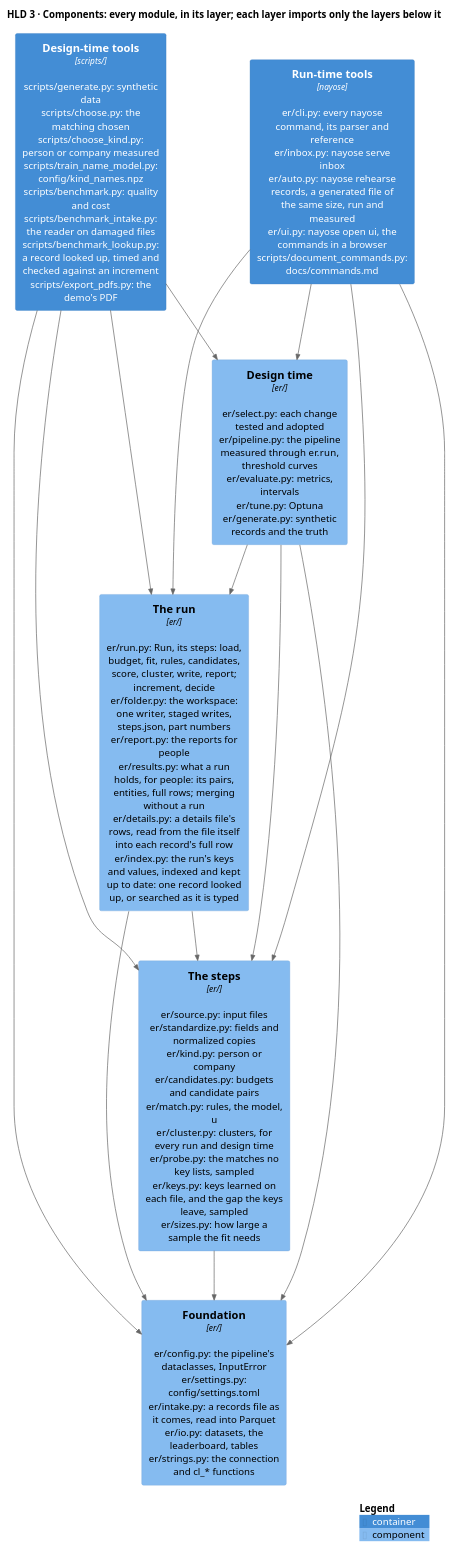
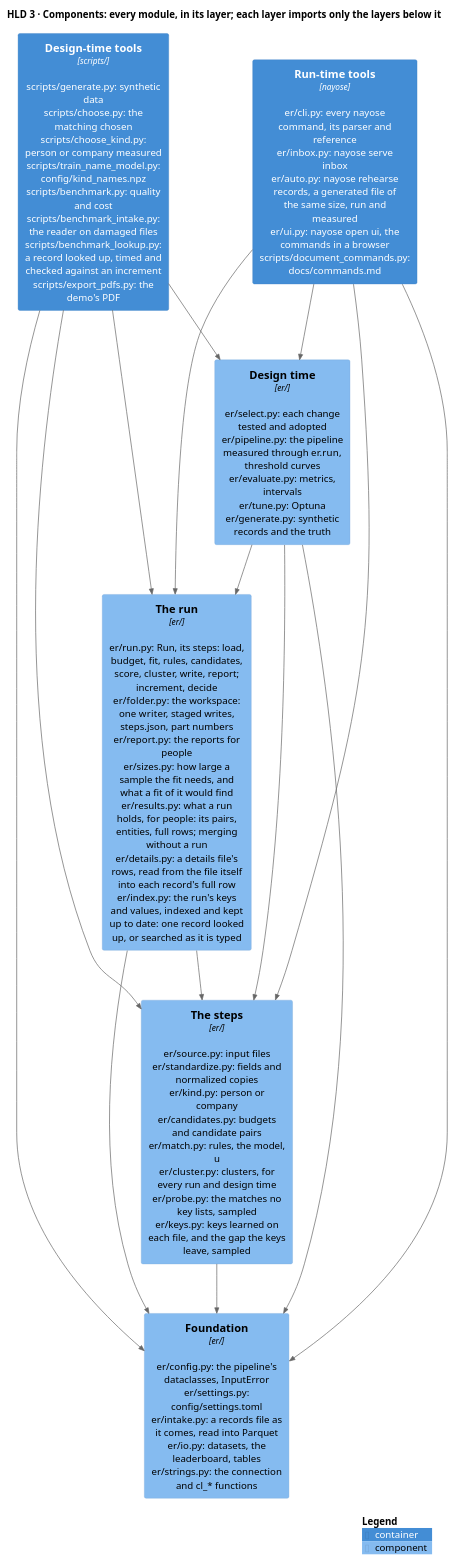
Before and after one commit to mvsbm/entity_matching: the diagram in docs/diagrams/components.puml, drawn with PlantUML. The commit also changed 7 other files, not shown here.

First line of the commit message:
Try sample says, for each way's chosen fit, its points by level against the run's, the kept pairs it lifts to the review floor by pattern, and on the gap's sample what a run with it finds, what the run's cutoff left out and what no key lists

```diff
--- a/docs/diagrams/components.puml
+++ b/docs/diagrams/components.puml
@@ -1,31 +1,31 @@
 @startuml components
 !include <C4/C4_Component>
 LAYOUT_TOP_DOWN()
 HIDE_STEREOTYPE()
 title HLD 3 · Components: every module, in its layer; each layer imports only the layers below it
 
 Container(tools_run, "Run-time tools", "nayose", "er/cli.py: every nayose command, its parser and reference\ner/inbox.py: nayose serve inbox\ner/auto.py: nayose rehearse records, a generated file of the same size, run and measured\ner/ui.py: nayose open ui, the commands in a browser\nscripts/document_commands.py: docs/commands.md")
 Container(tools_design, "Design-time tools", "scripts/", "scripts/generate.py: synthetic data\nscripts/choose.py: the matching chosen\nscripts/choose_kind.py: person or company measured\nscripts/train_name_model.py: config/kind_names.npz\nscripts/benchmark.py: quality and cost\nscripts/benchmark_intake.py: the reader on damaged files\nscripts/benchmark_lookup.py: a record looked up, timed and checked against an increment\nscripts/export_pdfs.py: the demo's PDF")
 
-Component(run, "The run", "er/", "er/run.py: Run, its steps: load, budget, fit, rules, candidates, score, cluster, write, report; increment, decide\ner/folder.py: the workspace: one writer, staged writes, steps.json, part numbers\ner/report.py: the reports for people\ner/results.py: what a run holds, for people: its pairs, entities, full rows; merging without a run\ner/details.py: a details file's rows, read from the file itself into each record's full row\ner/index.py: the run's keys and values, indexed and kept up to date: one record looked up, or searched as it is typed")
+Component(run, "The run", "er/", "er/run.py: Run, its steps: load, budget, fit, rules, candidates, score, cluster, write, report; increment, decide\ner/folder.py: the workspace: one writer, staged writes, steps.json, part numbers\ner/report.py: the reports for people\ner/sizes.py: how large a sample the fit needs, and what a fit of it would find\ner/results.py: what a run holds, for people: its pairs, entities, full rows; merging without a run\ner/details.py: a details file's rows, read from the file itself into each record's full row\ner/index.py: the run's keys and values, indexed and kept up to date: one record looked up, or searched as it is typed")
 Component(design, "Design time", "er/", "er/select.py: each change tested and adopted\ner/pipeline.py: the pipeline measured through er.run, threshold curves\ner/evaluate.py: metrics, intervals\ner/tune.py: Optuna\ner/generate.py: synthetic records and the truth")
-Component(steps, "The steps", "er/", "er/source.py: input files\ner/standardize.py: fields and normalized copies\ner/kind.py: person or company\ner/candidates.py: budgets and candidate pairs\ner/match.py: rules, the model, u\ner/cluster.py: clusters, for every run and design time\ner/probe.py: the matches no key lists, sampled\ner/keys.py: keys learned on each file, and the gap the keys leave, sampled\ner/sizes.py: how large a sample the fit needs")
+Component(steps, "The steps", "er/", "er/source.py: input files\ner/standardize.py: fields and normalized copies\ner/kind.py: person or company\ner/candidates.py: budgets and candidate pairs\ner/match.py: rules, the model, u\ner/cluster.py: clusters, for every run and design time\ner/probe.py: the matches no key lists, sampled\ner/keys.py: keys learned on each file, and the gap the keys leave, sampled")
 Component(configuration, "Foundation", "er/", "er/config.py: the pipeline's dataclasses, InputError\ner/settings.py: config/settings.toml\ner/intake.py: a records file as it comes, read into Parquet\ner/io.py: datasets, the leaderboard, tables\ner/strings.py: the connection and cl_* functions")
 
 Rel_D(tools_run, run, "")
 Rel_D(tools_run, steps, "")
 Rel_D(tools_run, configuration, "")
 Rel_D(tools_run, design, "")
 Rel_D(tools_design, run, "")
 Rel_D(tools_design, design, "")
 Rel_D(tools_design, steps, "")
 Rel_D(tools_design, configuration, "")
 Rel_D(run, steps, "")
 Rel_D(run, configuration, "")
 Rel_D(design, run, "")
 Rel_D(design, steps, "")
 Rel_D(design, configuration, "")
 Rel_D(steps, configuration, "")
 
 SHOW_LEGEND()
 @enduml
```
